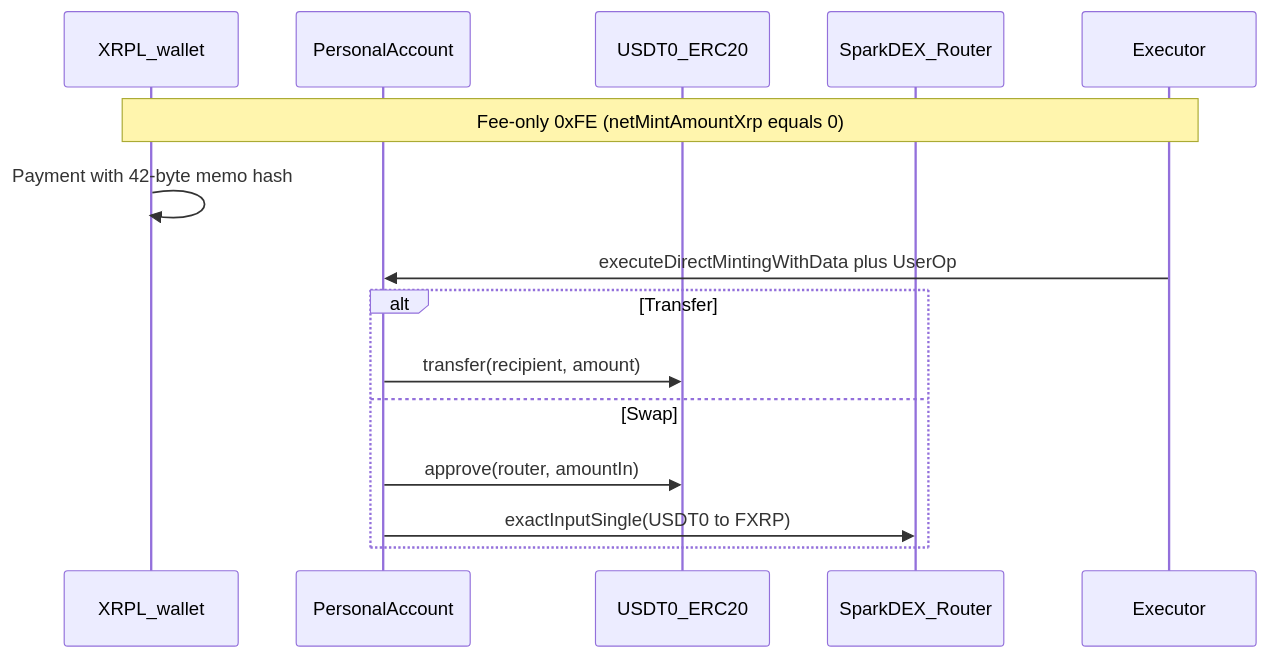
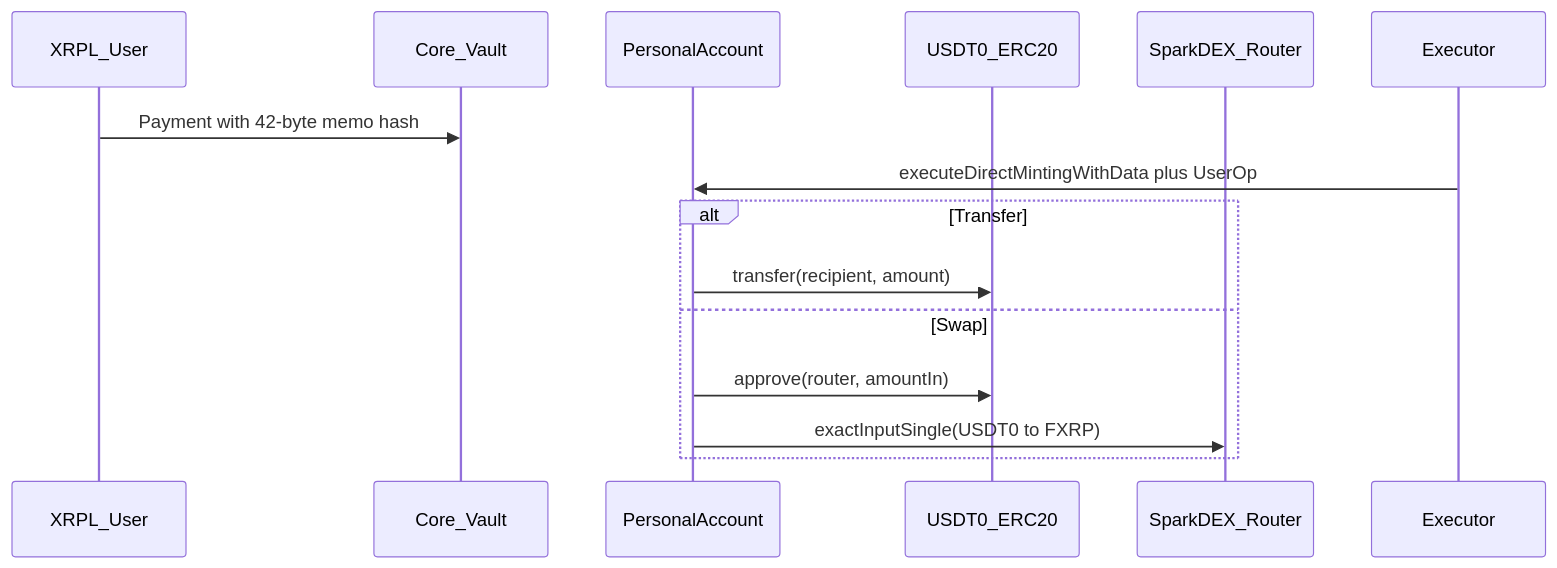
The diagram in docs/smart-accounts/guides/typescript-viem/09-control-usdt0.mdx (flare-foundation/developer-hub), drawn with Mermaid before and after one commit. The commit also changed other lines of this file, not shown here.

````diff
--- a/docs/smart-accounts/guides/typescript-viem/09-control-usdt0.mdx
+++ b/docs/smart-accounts/guides/typescript-viem/09-control-usdt0.mdx
@@ -82,18 +82,18 @@
 ```mermaid
 sequenceDiagram
-  participant XRPL as XRPL_wallet
+  participant User as XRPL_User
+  participant CV as Core_Vault
   participant PA as PersonalAccount
   participant USDT0 as USDT0_ERC20
   participant Router as SparkDEX_Router
   participant Exec as Executor
 
-  Note over XRPL,Exec: Fee-only 0xFE (netMintAmountXrp equals 0)
-  XRPL->>XRPL: Payment with 42-byte memo hash
+  User->>CV: Payment with 42-byte memo hash
   Exec->>PA: executeDirectMintingWithData plus UserOp
   alt Transfer
     PA->>USDT0: transfer(recipient, amount)
   else Swap
     PA->>USDT0: approve(router, amountIn)
     PA->>Router: exactInputSingle(USDT0 to FXRP)
   end
 ```
````
